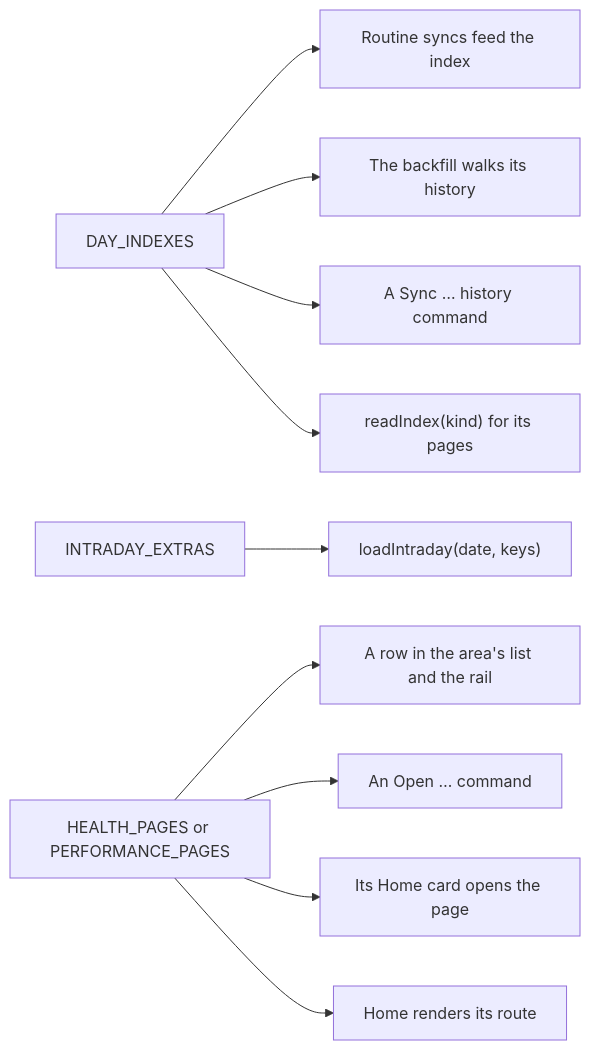
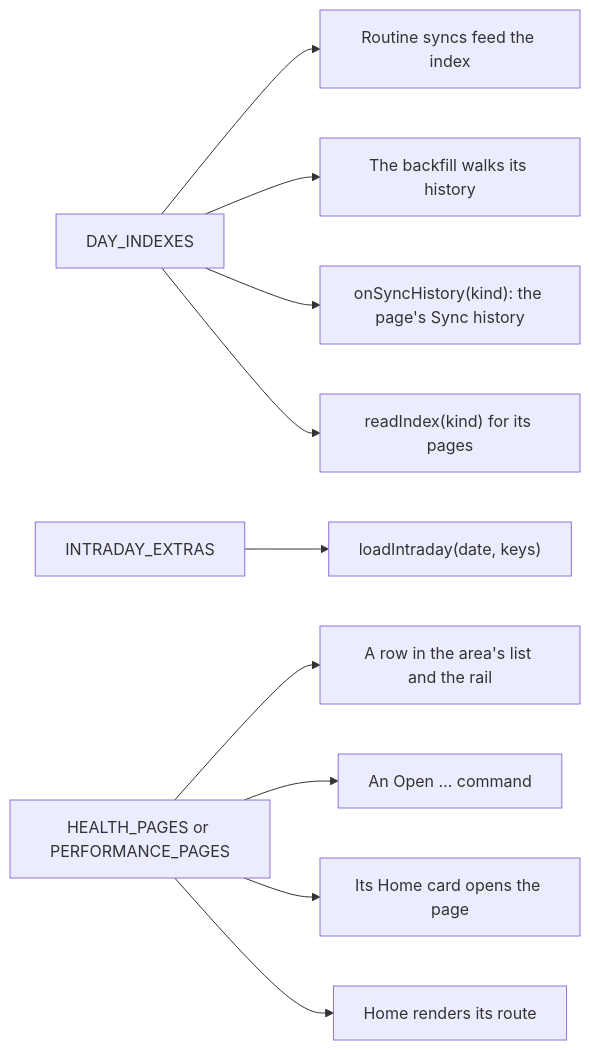
One commit to tareqayz/Obsidian-Garmin-Connect changed the diagram in docs/building-pages.md. Above: the diagram before and after it, drawn with Mermaid. The commit also changed other lines of this file and 138 other files, not shown here.

````diff
--- a/docs/building-pages.md
+++ b/docs/building-pages.md
@@ -120,12 +120,12 @@
 ```mermaid
 flowchart LR
   idx["DAY_INDEXES"] --> feed["Routine syncs feed the index"]
   idx --> walk["The backfill walks its history"]
-  idx --> cmd["A Sync … history command"]
+  idx --> button["onSyncHistory(kind): the page's Sync history"]
   idx --> read["readIndex(kind) for its pages"]
   extras["INTRADAY_EXTRAS"] --> load["loadIntraday(date, keys)"]
   pages["HEALTH_PAGES or PERFORMANCE_PAGES"] --> hub["A row in the area's list and the rail"]
   pages --> open["An Open … command"]
   pages --> card["Its Home card opens the page"]
   pages --> route["Home renders its route"]
 ```
````
